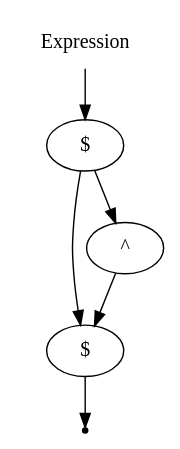
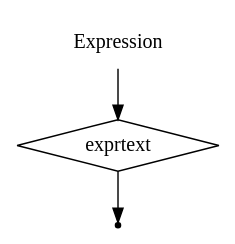
Before and after one commit to EgorGoluzin/DSL: the diagram in DSLTools/examples/RBNFEXPRESSIONSTESTRULES/wirth/Expression.gv, drawn with Graphviz. The commit also changed 22 other files, not shown here.

```diff
--- a/DSLTools/examples/RBNFEXPRESSIONSTESTRULES/wirth/Expression.gv
+++ b/DSLTools/examples/RBNFEXPRESSIONSTESTRULES/wirth/Expression.gv
@@ -1,12 +1,7 @@
 digraph Expression {
   start [label="Expression" shape=plaintext];
-  A [label="$" shape=oval];
-  B [label="$" shape=oval];
-  C [label="^" shape=oval];
+  A [label="exprtext" shape=diamond];
   end [label="" shape=point];
   start -> A;
-  A -> C;
-  A -> B;
-  B -> end;
-  C -> B;
+  A -> end;
 }
```
